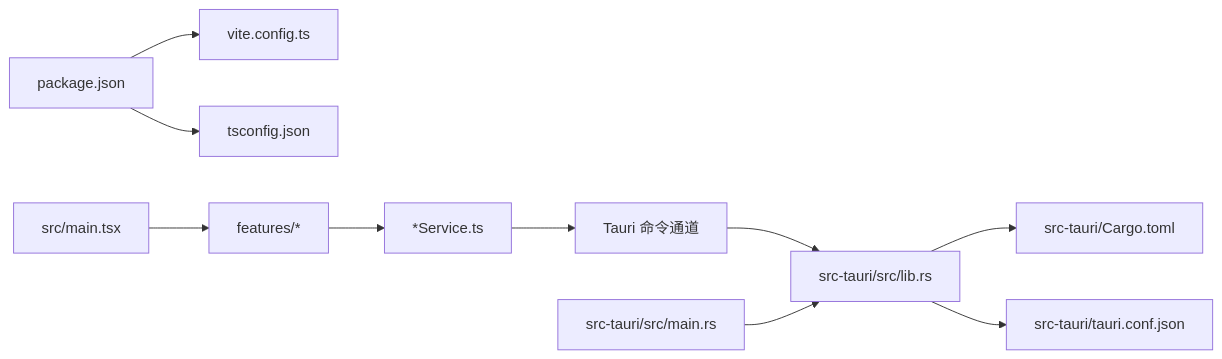
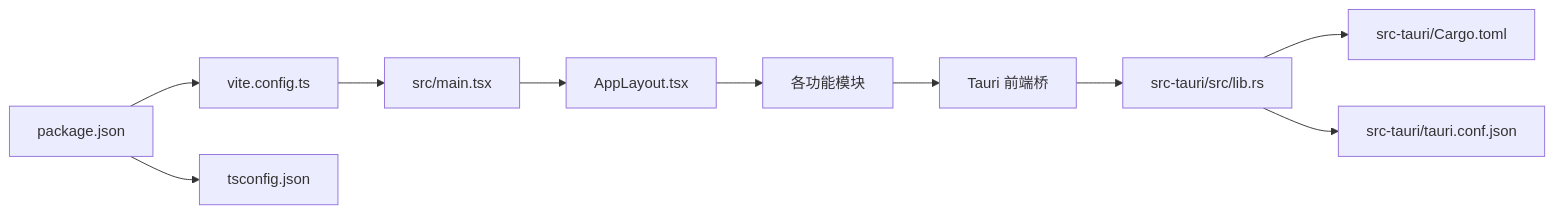
Before and after one commit to gzdxhujiale/FishWorker: the sixth of 6 diagrams in .qoder/repowiki/zh/content/项目概述/项目概述.md, drawn with Mermaid. The commit also changed other lines of this file and 238 other files, not shown here.

````diff
--- a/.qoder/repowiki/zh/content/项目概述/项目概述.md
+++ b/.qoder/repowiki/zh/content/项目概述/项目概述.md
@@ -322,12 +320,12 @@
 ```mermaid
 graph LR
 Pkg["package.json"] --> Vite["vite.config.ts"]
 Pkg --> TSConf["tsconfig.json"]
-Main["src/main.tsx"] --> Features["features/*"]
-Features --> Services["*Service.ts"]
-Services --> TauriCmd["Tauri 命令通道"]
-TauriCmd --> LibRs["src-tauri/src/lib.rs"]
-LibRs --> Cargo["src-tauri/Cargo.toml"]
-LibRs --> TauriConf["src-tauri/tauri.conf.json"]
-MainRs["src-tauri/src/main.rs"] --> LibRs
+Vite --> FE_Main["src/main.tsx"]
+FE_Main --> Layout["AppLayout.tsx"]
+Layout --> Features["各功能模块"]
+Features --> TauriBridge["Tauri 前端桥"]
+TauriBridge --> TRS["src-tauri/src/lib.rs"]
+TRS --> Cargo["src-tauri/Cargo.toml"]
+TRS --> TConf["src-tauri/tauri.conf.json"]
 ```
````
